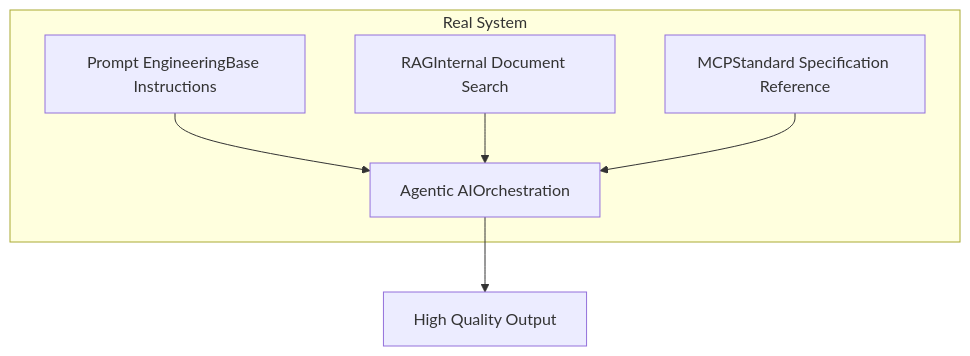
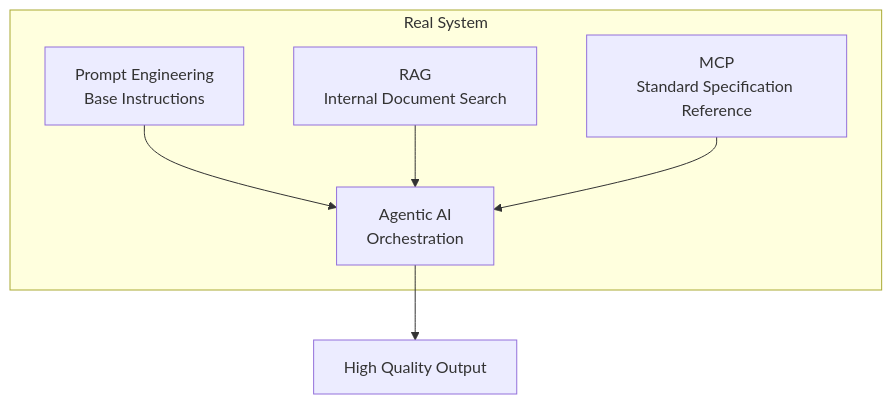
One commit to shuji-bonji/ai-agent-architecture changed the sixth of 13 diagrams in docs/concepts/04-ai-design-patterns.md. Above: the diagram before and after it, drawn with Mermaid. The commit also changed other lines of this file and 8 other files, not shown here.

````diff
--- a/docs/concepts/04-ai-design-patterns.md
+++ b/docs/concepts/04-ai-design-patterns.md
@@ -227,15 +283,15 @@
 ```mermaid
 graph TB
     subgraph ActualSystem["Real System"]
-        PE[Prompt Engineering<bn>Base Instructions]
-        RAG_COMP[RAG<bn>Internal Document Search]
-        MCP_COMP[MCP<bn>Standard Specification Reference]
-        AGENT[Agentic AI<bn>Orchestration]
+        PE[Prompt Engineering<br>Base Instructions]
+        RAG_COMP[RAG<br>Internal Document Search]
+        MCP_COMP[MCP<br>Standard Specification Reference]
+        AGENT[Agentic AI<br>Orchestration]
     end
 
     PE --> AGENT
     RAG_COMP --> AGENT
     MCP_COMP --> AGENT
 
     AGENT --> OUTPUT[High Quality Output]
 ```
````
